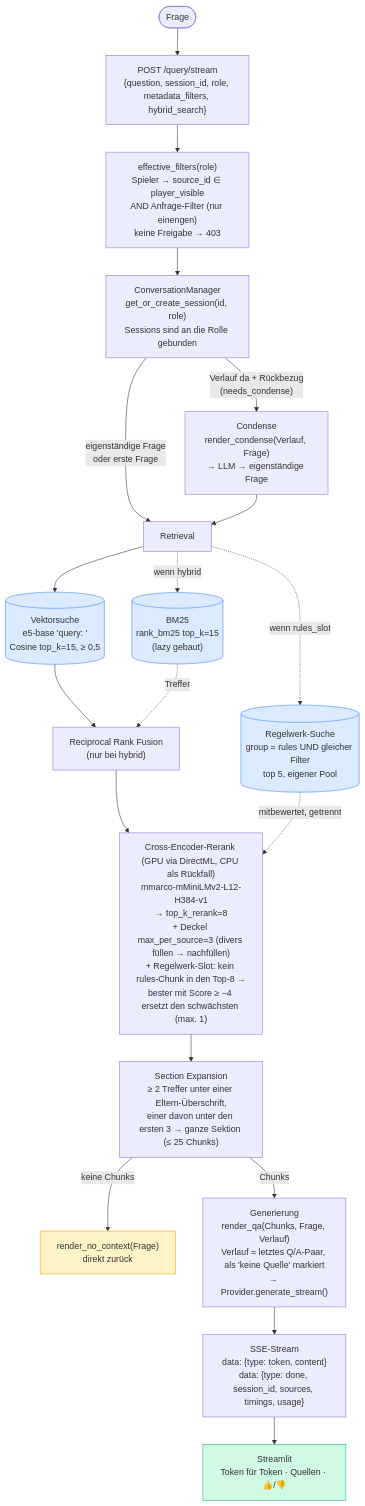
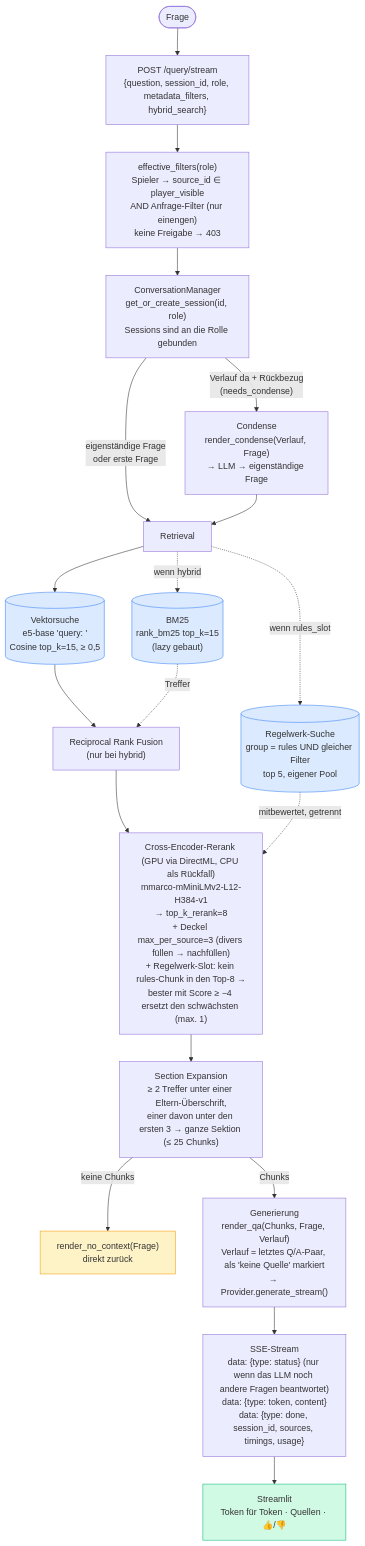
Before and after one commit to FabianHentrich/lorekeeper: the second of 5 diagrams in docs/data-flow.md, drawn with Mermaid. The commit also changed other lines of this file and 6 other files, not shown here.

````diff
--- a/docs/data-flow.md
+++ b/docs/data-flow.md
@@ -68,41 +68,41 @@
 ```mermaid
 flowchart TD
     USER([Frage]) --> API["POST /query/stream\n{question, session_id, role, metadata_filters, hybrid_search}"]
 
     API --> ACCESS["effective_filters(role)\nSpieler → source_id ∈ player_visible\nAND Anfrage-Filter (nur einengen)\nkeine Freigabe → 403"]
     ACCESS --> CM["ConversationManager\nget_or_create_session(id, role)\nSessions sind an die Rolle gebunden"]
 
     CM -->|"Verlauf da + Rückbezug\n(needs_condense)"| COND["Condense\nrender_condense(Verlauf, Frage)\n→ LLM → eigenständige Frage"]
     CM -->|"eigenständige Frage\noder erste Frage"| RET
 
     COND --> RET
 
     RET["Retrieval"]
 
     RET --> VEC[("Vektorsuche\ne5-base 'query: '\nCosine top_k=15, ≥ 0,5")]
     RET -.->|"wenn hybrid"| BM25[("BM25\nrank_bm25 top_k=15\n(lazy gebaut)")]
     RET -.->|"wenn rules_slot"| RULES[("Regelwerk-Suche\ngroup = rules UND gleicher Filter\ntop 5, eigener Pool")]
 
     VEC --> RRF["Reciprocal Rank Fusion\n(nur bei hybrid)"]
     BM25 -.->|"Treffer"| RRF
 
     RRF --> RERANK["Cross-Encoder-Rerank (GPU via DirectML, CPU als Rückfall)\nmmarco-mMiniLMv2-L12-H384-v1\n→ top_k_rerank=8\n+ Deckel max_per_source=3 (divers füllen → nachfüllen)\n+ Regelwerk-Slot: kein rules-Chunk in den Top-8 →\nbester mit Score ≥ −4 ersetzt den schwächsten (max. 1)"]
     RULES -.->|"mitbewertet, getrennt"| RERANK
 
     RERANK --> EXP["Section Expansion\n≥ 2 Treffer unter einer Eltern-Überschrift,\neiner davon unter den ersten 3 → ganze Sektion (≤ 25 Chunks)"]
 
     EXP -->|"keine Chunks"| NOCX["render_no_context(Frage)\ndirekt zurück"]
     EXP -->|"Chunks"| GEN
 
     GEN["Generierung\nrender_qa(Chunks, Frage, Verlauf)\nVerlauf = letztes Q/A-Paar, als 'keine Quelle' markiert\n→ Provider.generate_stream()"]
 
-    GEN --> SSE["SSE-Stream\ndata: {type: token, content}\ndata: {type: done, session_id, sources, timings, usage}"]
+    GEN --> SSE["SSE-Stream\ndata: {type: status} (nur wenn das LLM noch andere Fragen beantwortet)\ndata: {type: token, content}\ndata: {type: done, session_id, sources, timings, usage}"]
 
     SSE --> UI["Streamlit\nToken für Token · Quellen · 👍/👎"]
 
     style VEC fill:#dbeafe,stroke:#3b82f6
     style BM25 fill:#dbeafe,stroke:#3b82f6
     style RULES fill:#dbeafe,stroke:#3b82f6
     style NOCX fill:#fef3c7,stroke:#f59e0b
     style UI fill:#d1fae5,stroke:#10b981
 ```
````
